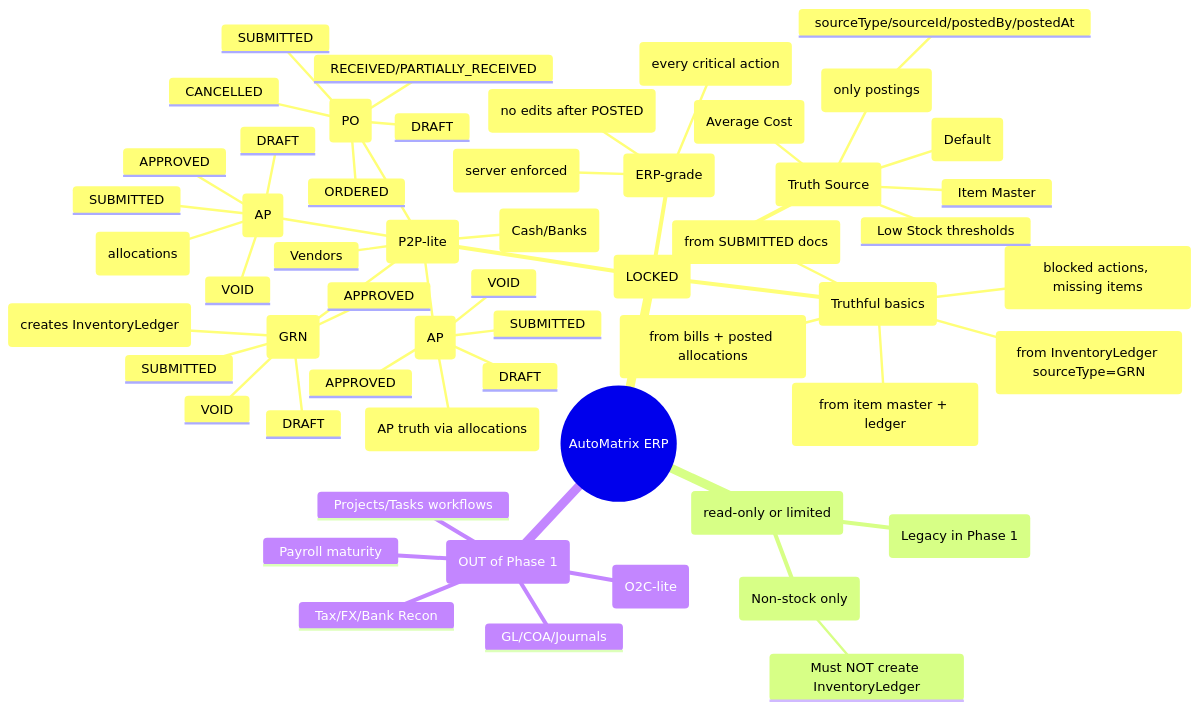
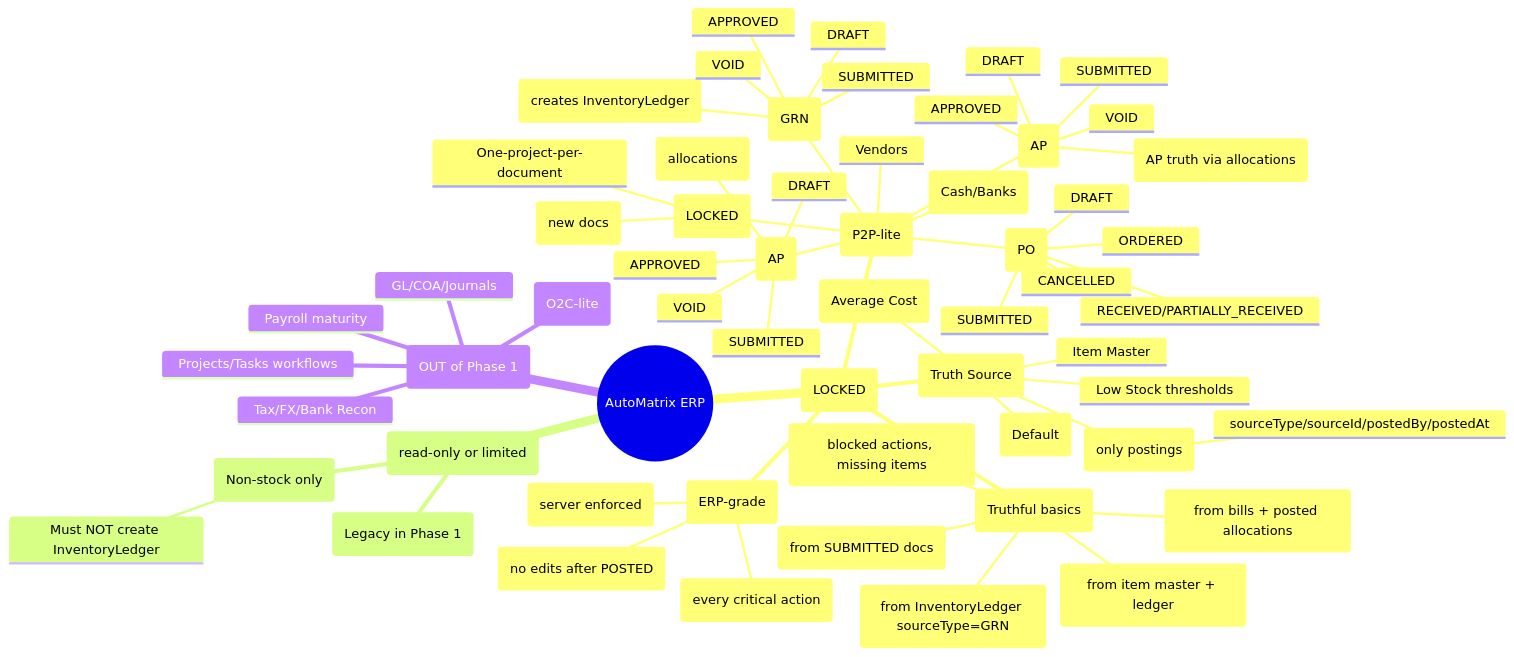
Before and after one commit to raohassandev/Automatrix-ERP: the first of 2 diagrams in docs/ERP_DIAGRAMS.md, drawn with Mermaid. The commit also changed other lines of this file and 21 other files, not shown here.

Commit message:
Phase 1: enforce projectRef on procurement docs (one-project-per-document)

````diff
--- a/docs/ERP_DIAGRAMS.md
+++ b/docs/ERP_DIAGRAMS.md
@@ -7,59 +7,62 @@
 ```mermaid
 mindmap
   root((AutoMatrix ERP))
     Phase 1 Spine (LOCKED)
       Procurement (P2P-lite)
+        ProjectRef (LOCKED)
+          One-project-per-document
+          Mandatory on PO/GRN/Bill/Payment (new docs)
         Vendors
         Purchase Orders (PO)
           DRAFT
           SUBMITTED
           ORDERED
           RECEIVED/PARTIALLY_RECEIVED
           CANCELLED
         Goods Receipt (GRN)
           DRAFT
           SUBMITTED
           APPROVED
           POSTED (creates InventoryLedger)
           VOID
         Vendor Bills (AP)
           DRAFT
           SUBMITTED
           APPROVED
           POSTED (AP truth via allocations)
           VOID
         Vendor Payments (AP)
           DRAFT
           SUBMITTED
           APPROVED
           POSTED (allocations)
           VOID
         Company Accounts (Cash/Banks)
       Inventory (Truth Source)
         Warehouse (Default)
         Item Master
         Inventory Ledger (only postings)
           sourceType/sourceId/postedBy/postedAt
         Valuation (Average Cost)
         Low Stock thresholds
       Controls (ERP-grade)
         RBAC (server enforced)
         Audit Log (every critical action)
         Lifecycle gates (no edits after POSTED)
       Reports (Truthful basics)
         AP Aging (from bills + posted allocations)
         Inventory On-hand (from item master + ledger)
         GRN Activity (from InventoryLedger sourceType=GRN)
         Approval/Queue counts (from SUBMITTED docs)
         Exceptions (blocked actions, missing items)
     Phase 1 Non-Spine / Legacy (read-only or limited)
       Expenses (Non-stock only)
         Must NOT create InventoryLedger
       Income (Legacy in Phase 1)
     Phase 2+ (OUT of Phase 1)
       Sales (O2C-lite)
       GL/COA/Journals
       Payroll maturity
       Projects/Tasks workflows
       Tax/FX/Bank Recon
 ```
````
